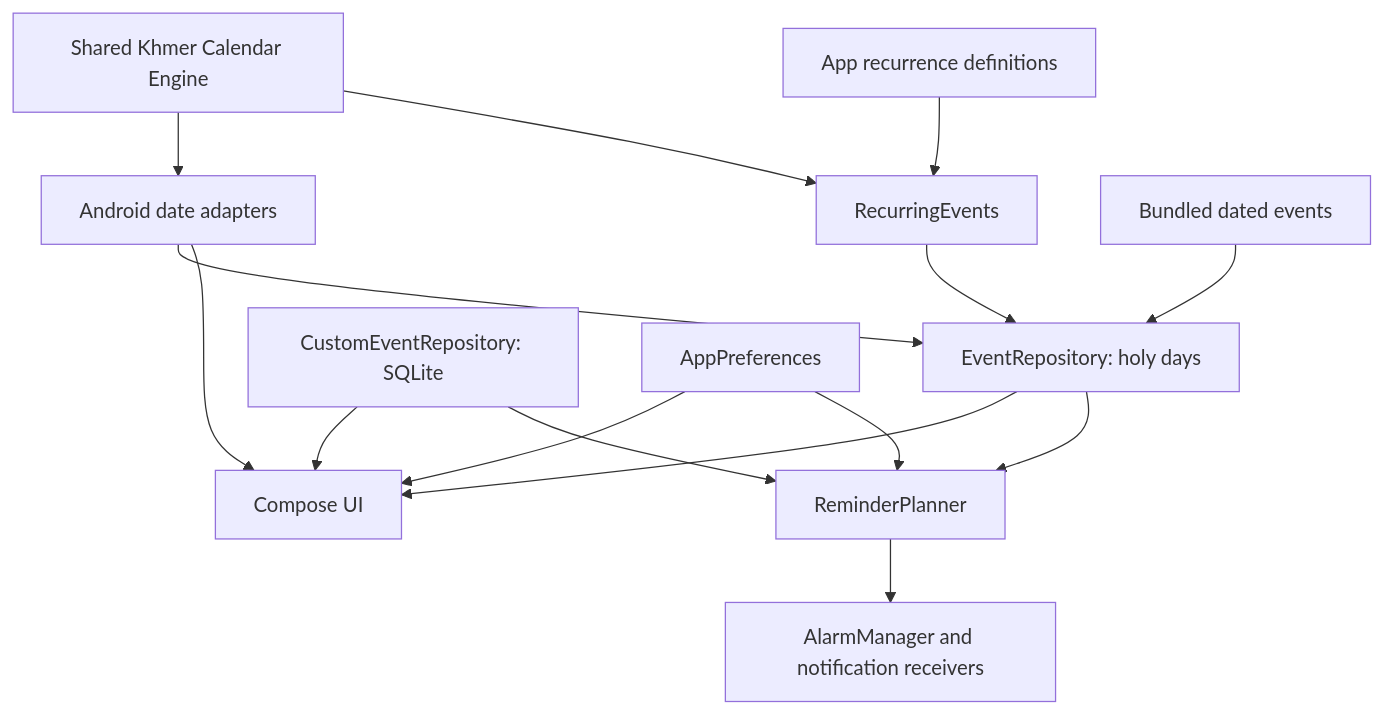
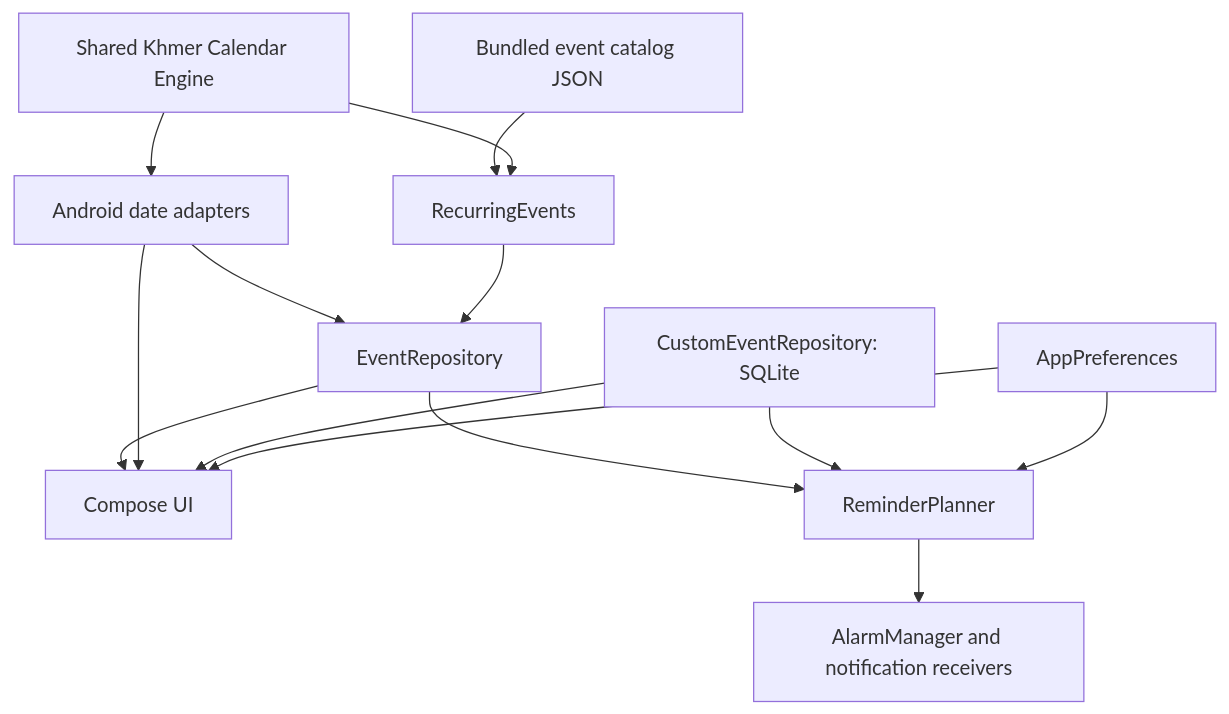
Before and after one commit to RSG-KH/khmer-calendar: the diagram in docs/architecture.md, drawn with Mermaid. The commit also changed other lines of this file and 26 other files, not shown here.

Commit message:
feat: migrate event catalog and calendar loader to Schema v2

````diff
--- a/docs/architecture.md
+++ b/docs/architecture.md
@@ -5,17 +5,16 @@
 ```mermaid
 flowchart TD
     Engine[Shared Khmer Calendar Engine] --> Adapters[Android date adapters]
-    Rules[App recurrence definitions] --> Recurring[RecurringEvents]
+    Catalog[Bundled event catalog JSON] --> Recurring[RecurringEvents]
     Engine --> Recurring
-    Adapters --> Events[EventRepository: holy days]
+    Adapters --> Events[EventRepository]
     Recurring --> Events
-    Snapshot[Bundled dated events] --> Events
     Events --> UI[Compose UI]
     Adapters --> UI
     Custom[CustomEventRepository: SQLite] --> UI
     Events --> Planner[ReminderPlanner]
     Custom --> Planner
     Preferences[AppPreferences] --> UI
     Preferences --> Planner
     Planner --> Alarms[AlarmManager and notification receivers]
 ```
````
